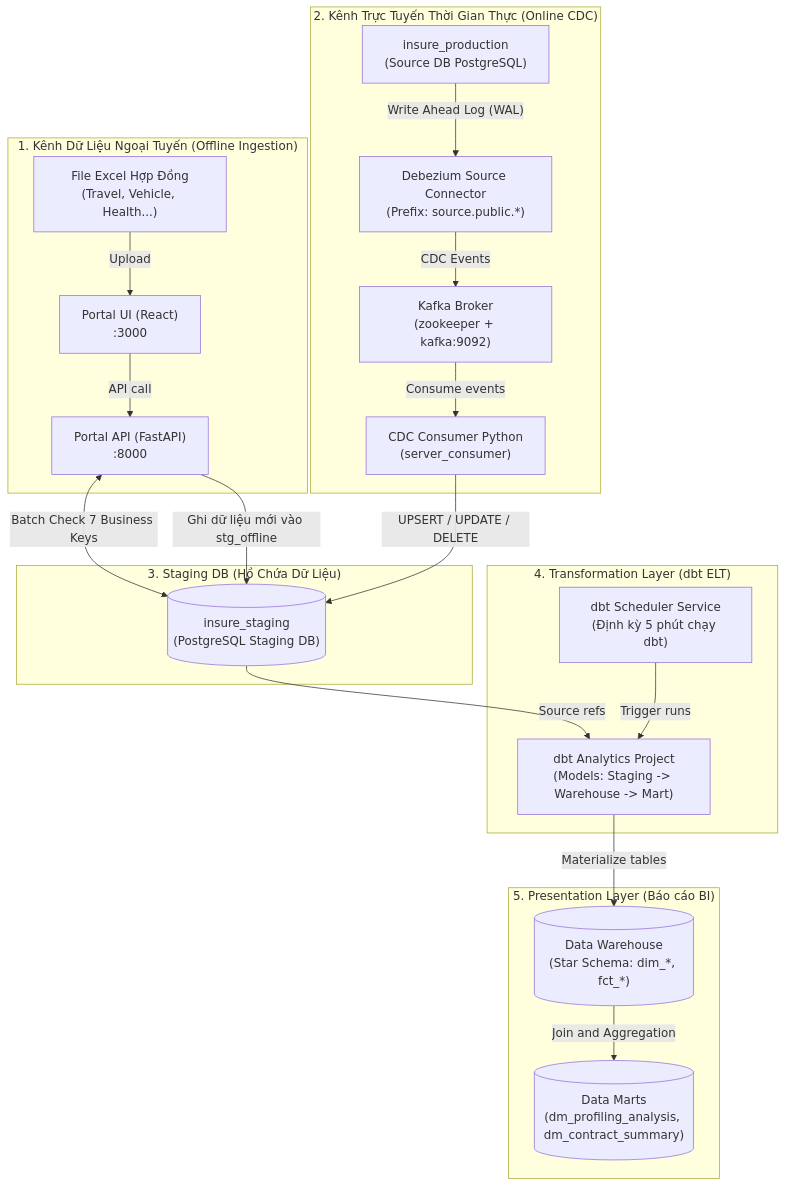
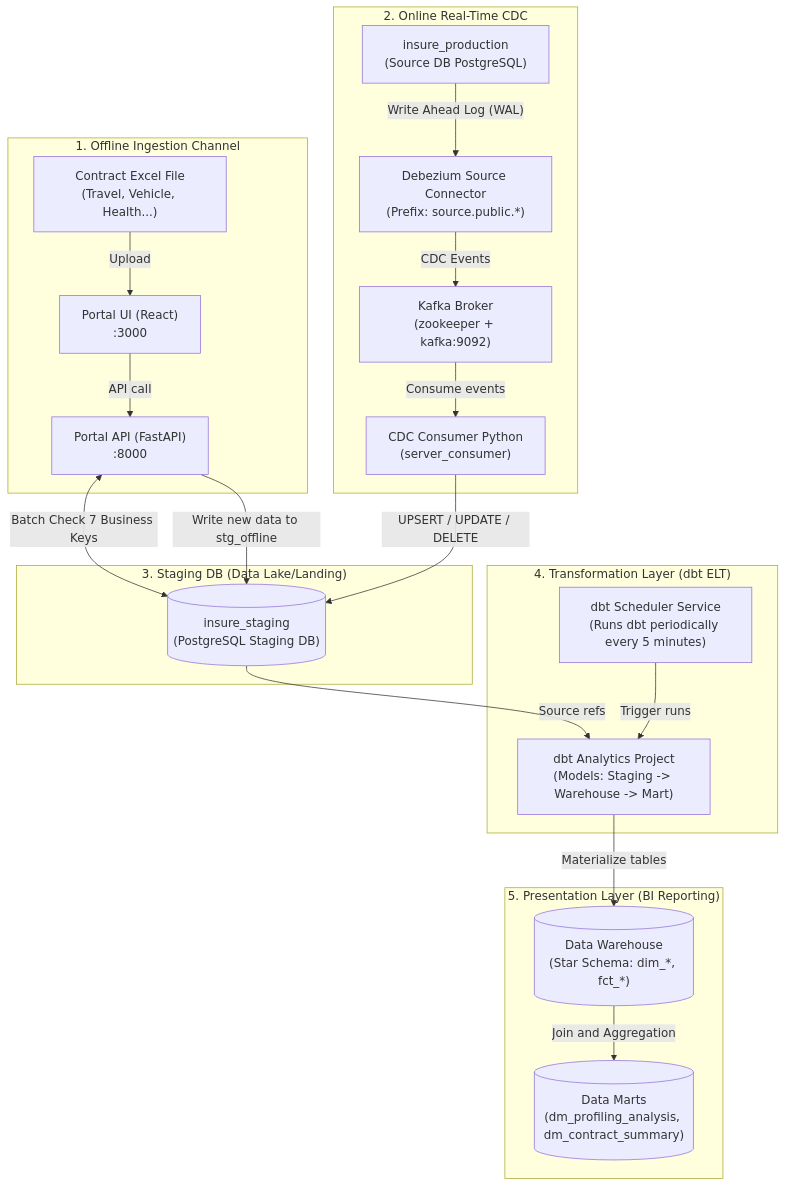
Before and after one commit to phatle224/hybrid-data-ingestion-streaming-platform: the diagram in docs/PROJECT_ARCHITECTURE.md, drawn with Mermaid. The commit also changed other lines of this file and 16 other files, not shown here.

Commit message:
docs: add project architecture and workflow documentation and remove outdated template

````diff
--- a/docs/PROJECT_ARCHITECTURE.md
+++ b/docs/PROJECT_ARCHITECTURE.md
@@ -11,47 +11,47 @@
 ```mermaid
 graph TB
-    subgraph "1. Kênh Dữ Liệu Ngoại Tuyến (Offline Ingestion)"
-        EXCEL["File Excel Hợp Đồng<br/>(Travel, Vehicle, Health...)"]
+    subgraph "1. Offline Ingestion Channel"
+        EXCEL["Contract Excel File<br/>(Travel, Vehicle, Health...)"]
         PORTAL_FE["Portal UI (React)<br/>:3000"]
         PORTAL_BE["Portal API (FastAPI)<br/>:8000"]
     end
 
-    subgraph "2. Kênh Trực Tuyến Thời Gian Thực (Online CDC)"
+    subgraph "2. Online Real-Time CDC"
         SRC_DB["insure_production<br/>(Source DB PostgreSQL)"]
         DBZ["Debezium Source Connector<br/>(Prefix: source.public.*)"]
         KAFKA["Kafka Broker<br/>(zookeeper + kafka:9092)"]
         CDC_CONSUMER["CDC Consumer Python<br/>(server_consumer)"]
     end
 
-    subgraph "3. Staging DB (Hồ Chứa Dữ Liệu)"
+    subgraph "3. Staging DB (Data Lake/Landing)"
         STG_DB[("insure_staging<br/>(PostgreSQL Staging DB)")]
     end
 
     subgraph "4. Transformation Layer (dbt ELT)"
-        SCHEDULER["dbt Scheduler Service<br/>(Định kỳ 5 phút chạy dbt)"]
+        SCHEDULER["dbt Scheduler Service<br/>(Runs dbt periodically every 5 minutes)"]
         DBT_PROJ["dbt Analytics Project<br/>(Models: Staging -> Warehouse -> Mart)"]
     end
 
-    subgraph "5. Presentation Layer (Báo cáo BI)"
+    subgraph "5. Presentation Layer (BI Reporting)"
         DWH[("Data Warehouse<br/>(Star Schema: dim_*, fct_*)")]
         MARTS[("Data Marts<br/>(dm_profiling_analysis, dm_contract_summary)")]
     end
 
-    %% Luồng Offline
+    %% Offline Flow
     EXCEL -->|"Upload"| PORTAL_FE
     PORTAL_FE -->|"API call"| PORTAL_BE
     PORTAL_BE <-->|"Batch Check 7 Business Keys"| STG_DB
-    PORTAL_BE -->|"Ghi dữ liệu mới vào stg_offline"| STG_DB
+    PORTAL_BE -->|"Write new data to stg_offline"| STG_DB
 
-    %% Luồng Online CDC
+    %% Online CDC Flow
     SRC_DB -->|"Write Ahead Log (WAL)"| DBZ
     DBZ -->|"CDC Events"| KAFKA
     KAFKA -->|"Consume events"| CDC_CONSUMER
     CDC_CONSUMER -->|"UPSERT / UPDATE / DELETE"| STG_DB
 
-    %% Luồng ELT với dbt
+    %% ELT Flow with dbt
     STG_DB -->|"Source refs"| DBT_PROJ
     SCHEDULER -->|"Trigger runs"| DBT_PROJ
     DBT_PROJ -->|"Materialize tables"| DWH
     DWH -->|"Join and Aggregation"| MARTS
 ```
````
